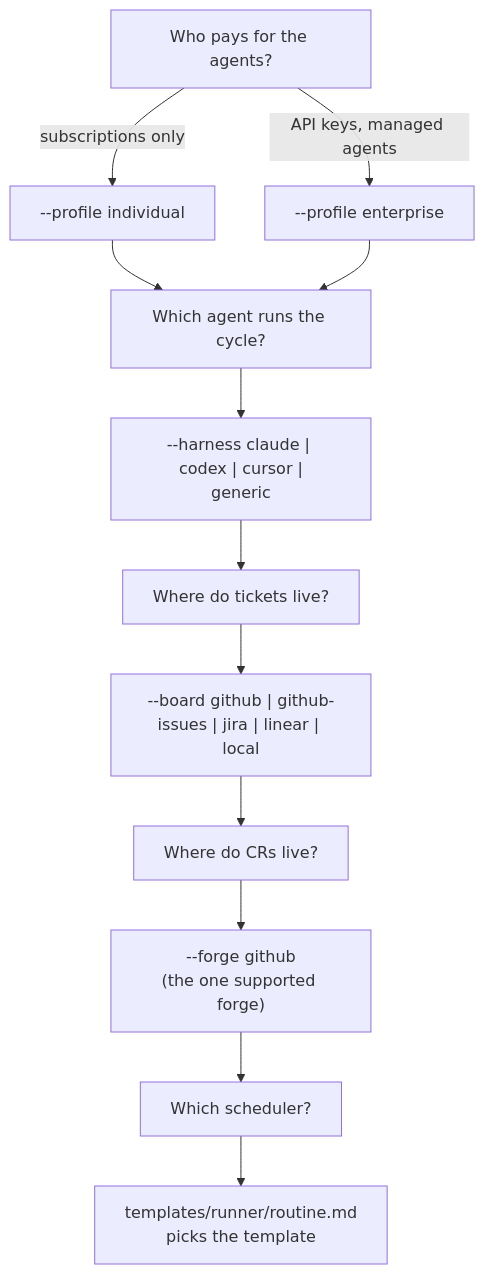
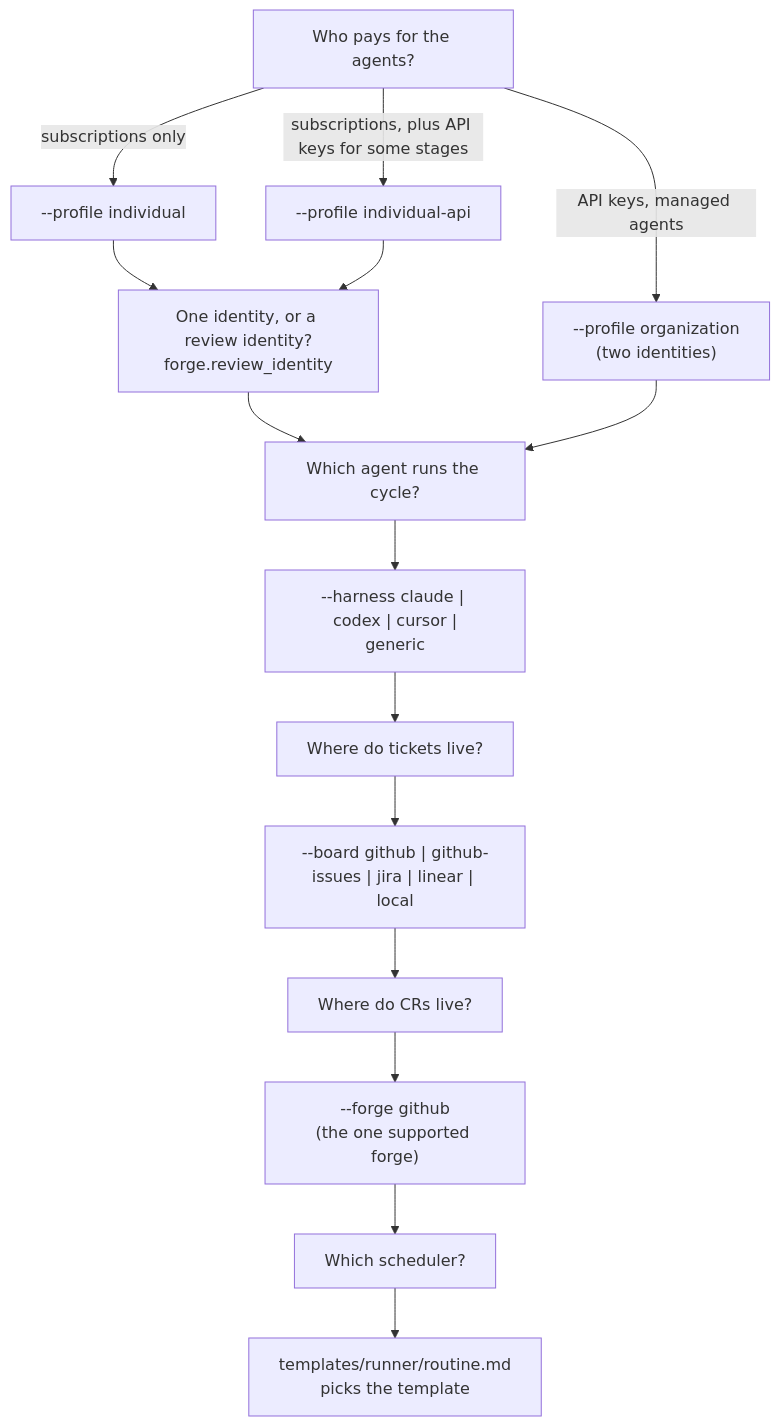
The first of 2 diagrams in docs/adoption.md (dmitriywind/agentic-sdlc), drawn with Mermaid before and after one commit. The commit also changed other lines of this file and 45 other files, not shown here.

First line of the commit message:
Profiles individual, individual-api, organization; one identity by default; many repos on one board

````diff
--- a/docs/adoption.md
+++ b/docs/adoption.md
@@ -8,14 +8,17 @@
 ```mermaid
 flowchart TD
   A["Who pays for the agents?"] -->|"subscriptions only"| IND["--profile individual"]
-  A -->|"API keys, managed agents"| ENT["--profile enterprise"]
-  IND --> H["Which agent runs the cycle?"]
-  ENT --> H
+  A -->|"subscriptions, plus API keys for some stages"| API["--profile individual-api"]
+  A -->|"API keys, managed agents"| ORG["--profile organization<br/>(two identities)"]
+  IND --> ID["One identity, or a review identity?<br/>forge.review_identity"]
+  API --> ID
+  ID --> H["Which agent runs the cycle?"]
+  ORG --> H
   H --> HC["--harness claude | codex | cursor |<br/>generic"]
   HC --> B["Where do tickets live?"]
   B --> BC["--board github | github-issues | jira | linear | local"]
   BC --> F["Where do CRs live?"]
   F --> FG["--forge github<br/>(the one supported forge)"]
   FG --> S["Which scheduler?"]
   S --> SC["templates/runner/routine.md<br/>picks the template"]
 ```
````
